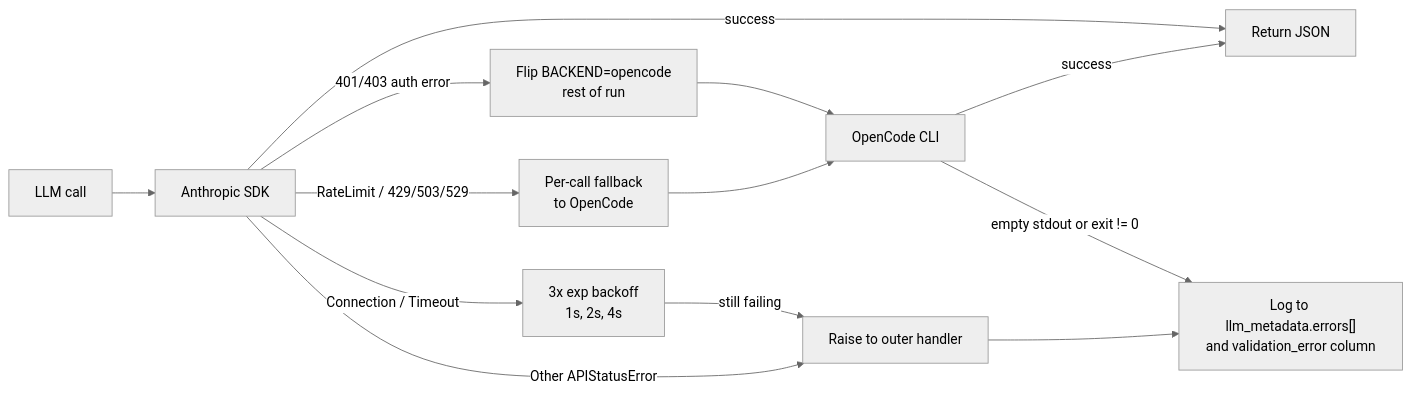
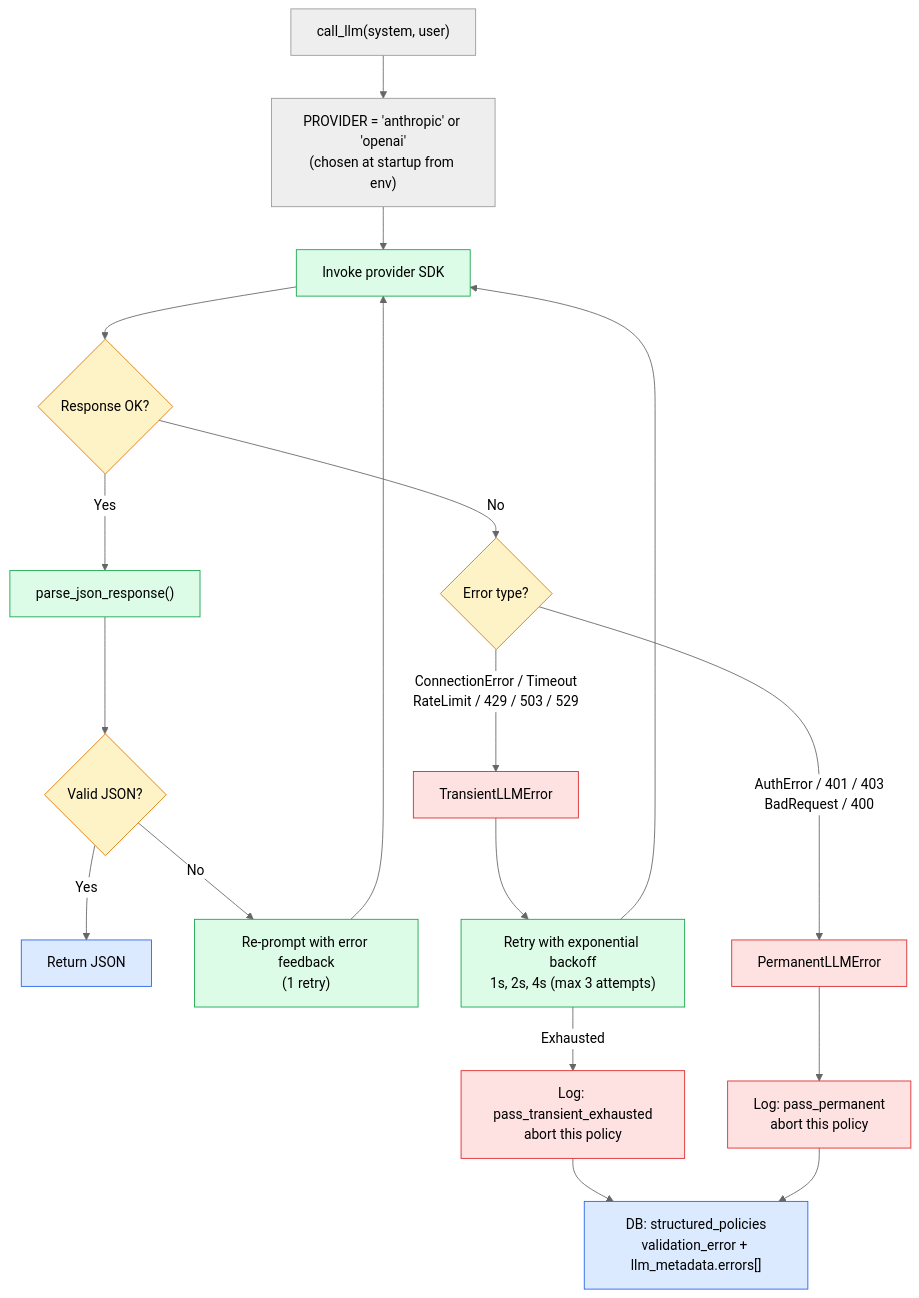
One commit to uynphm/assessment changed the fourth of 4 diagrams in SYSTEM_DESIGN.md. Above: the diagram before and after it, drawn with Mermaid (neutral theme). The commit also changed other lines of this file, not shown here.

Commit message:
docs: update system design

````diff
--- a/SYSTEM_DESIGN.md
+++ b/SYSTEM_DESIGN.md
@@ -154,17 +156,38 @@
 ```mermaid
-flowchart LR
-    Call["LLM call"] --> Primary["Anthropic SDK"]
-    Primary -->|success| Done["Return JSON"]
-    Primary -->|401/403 auth error| Switch["Flip BACKEND=opencode<br/>rest of run"]
-    Primary -->|RateLimit / 429/503/529| Fallback1["Per-call fallback<br/>to OpenCode"]
-    Primary -->|Connection / Timeout| Retry["3x exp backoff<br/>1s, 2s, 4s"]
-    Primary -->|Other APIStatusError| Raise["Raise to outer handler"]
+flowchart TD
+    Call["call_llm(system, user)"] --> Provider["PROVIDER = 'anthropic' or 'openai'<br/>(chosen at startup from env)"]
 
-    Retry -->|still failing| Raise
-    Switch --> OpenCode["OpenCode CLI"]
-    Fallback1 --> OpenCode
+    Provider --> Invoke["Invoke provider SDK"]
 
-    Raise --> Log["Log to llm_metadata.errors[]<br/>and validation_error column"]
-    OpenCode -->|success| Done
-    OpenCode -->|empty stdout or exit != 0| Log
+    Invoke --> Success{"Response OK?"}
+    Success -->|Yes| Parse["parse_json_response()"]
+
+    Parse --> ValidJSON{"Valid JSON?"}
+    ValidJSON -->|Yes| Done["Return JSON"]
+    ValidJSON -->|No| JSONRetry["Re-prompt with error feedback<br/>(1 retry)"]
+    JSONRetry --> Invoke
+
+    Success -->|No| Classify{"Error type?"}
+
+    Classify -->|ConnectionError / Timeout<br/>RateLimit / 429 / 503 / 529| Transient["TransientLLMError"]
+    Classify -->|AuthError / 401 / 403<br/>BadRequest / 400| Permanent["PermanentLLMError"]
+
+    Transient --> Backoff["Retry with exponential backoff<br/>1s, 2s, 4s (max 3 attempts)"]
+    Backoff --> Invoke
+    Backoff -->|Exhausted| LogTransient["Log: pass_transient_exhausted<br/>abort this policy"]
+
+    Permanent --> LogPermanent["Log: pass_permanent<br/>abort this policy"]
+
+    LogTransient --> Store["DB: structured_policies<br/>validation_error + llm_metadata.errors[]"]
+    LogPermanent --> Store
+
+    classDef error fill:#fee2e2,stroke:#dc2626,color:#000
+    classDef action fill:#dcfce7,stroke:#16a34a,color:#000
+    classDef decision fill:#fef3c7,stroke:#d97706,color:#000
+    classDef terminal fill:#dbeafe,stroke:#2563eb,color:#000
+
+    class Transient,Permanent,LogTransient,LogPermanent error
+    class Invoke,Parse,JSONRetry,Backoff action
+    class Success,ValidJSON,Classify decision
+    class Done,Store terminal
 ```
````
